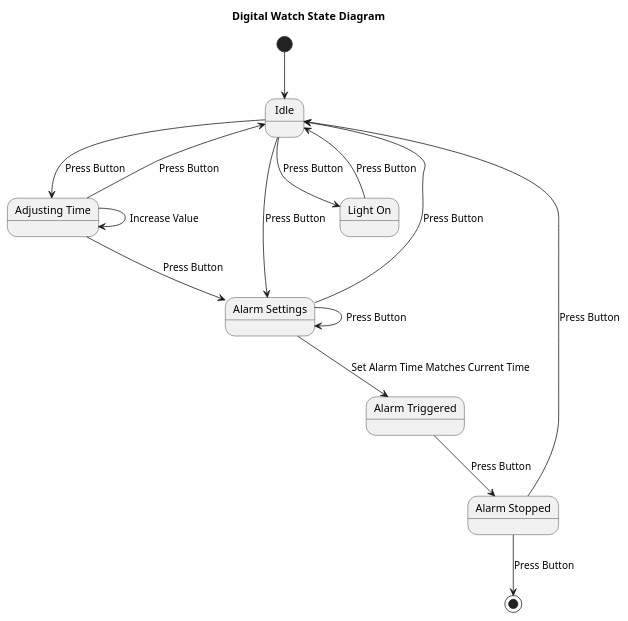
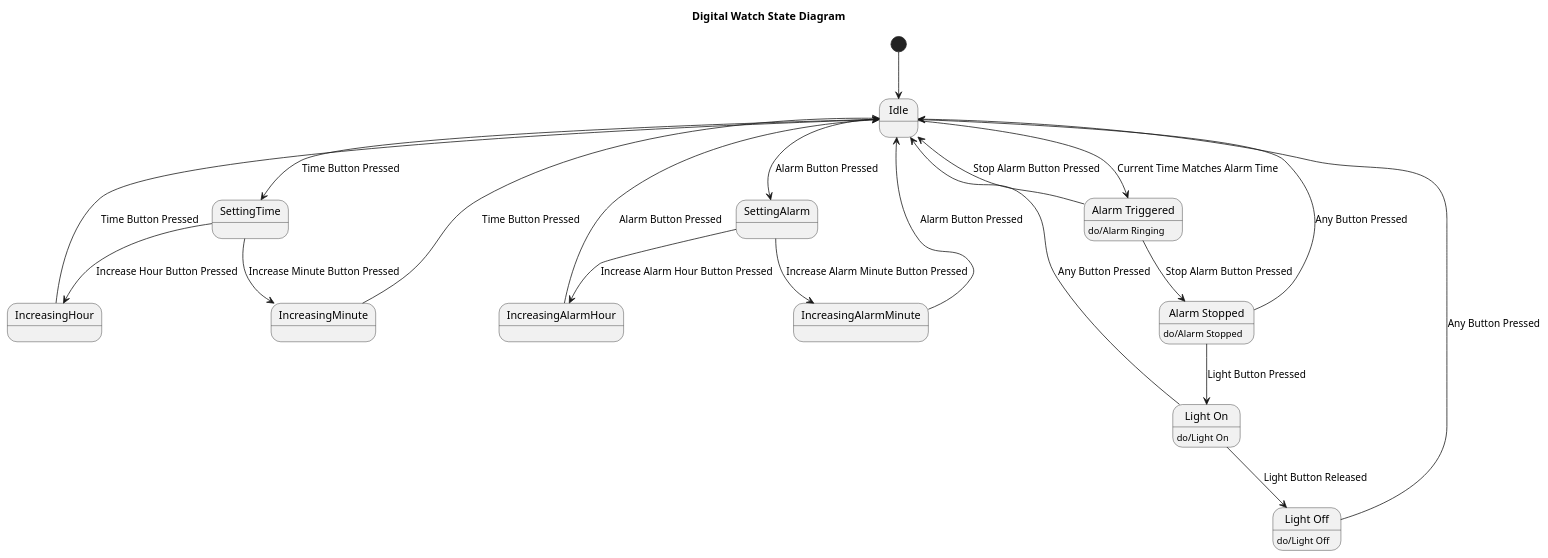
One commit to maimunafaria/State_transition_Diagram_generated_by_LLM changed the diagram in results/plantuml_pipeline/runs/open_source__qwen25_7b_instruct__rag_validation_generator_critic_repair/case_46_digital_watch/run_01.puml. Above: the diagram before and after it, drawn with PlantUML. The commit also changed 371 other files, not shown here.

```diff
--- a/results/plantuml_pipeline/runs/open_source__qwen25_7b_instruct__rag_validation_generator_critic_repair/case_46_digital_watch/run_01.puml
+++ b/results/plantuml_pipeline/runs/open_source__qwen25_7b_instruct__rag_validation_generator_critic_repair/case_46_digital_watch/run_01.puml
@@ -1,27 +1,43 @@
 @startuml
 title Digital Watch State Diagram
 
 [*] --> Idle
 
 state "Idle" as Idle
-state "Adjusting Time" as AdjustingTime
-state "Alarm Settings" as AlarmSettings
+Idle --> SettingTime : Time Button Pressed
+Idle --> SettingAlarm : Alarm Button Pressed
+
+state "SettingTime" as SettingTime
+SettingTime --> IncreasingHour : Increase Hour Button Pressed
+SettingTime --> IncreasingMinute : Increase Minute Button Pressed
+IncreasingHour --> Idle : Time Button Pressed
+IncreasingMinute --> Idle : Time Button Pressed
+
+state "SettingAlarm" as SettingAlarm
+SettingAlarm --> IncreasingAlarmHour : Increase Alarm Hour Button Pressed
+SettingAlarm --> IncreasingAlarmMinute : Increase Alarm Minute Button Pressed
+IncreasingAlarmHour --> Idle : Alarm Button Pressed
+IncreasingAlarmMinute --> Idle : Alarm Button Pressed
+
 state "Alarm Triggered" as AlarmTriggered
+AlarmTriggered : do/Alarm Ringing
+AlarmTriggered --> Idle : Stop Alarm Button Pressed
+
 state "Alarm Stopped" as AlarmStopped
+AlarmStopped : do/Alarm Stopped
+AlarmStopped --> Idle : Any Button Pressed
+
 state "Light On" as LightOn
+LightOn : do/Light On
+LightOn --> Idle : Any Button Pressed
 
-Idle --> AdjustingTime : Press Button
-Idle --> AlarmSettings : Press Button
-Idle --> LightOn : Press Button
-AdjustingTime --> Idle : Press Button
-AlarmSettings --> Idle : Press Button
-AdjustingTime --> AdjustingTime : Increase Value
-AdjustingTime --> AlarmSettings : Press Button
-AlarmSettings --> AlarmSettings : Press Button
-AlarmSettings --> AlarmTriggered : Set Alarm Time Matches Current Time
-AlarmTriggered --> AlarmStopped : Press Button
-AlarmStopped --> Idle : Press Button
-LightOn --> Idle : Press Button
-AlarmStopped --> [*] : Press Button
+state "Light Off" as LightOff
+LightOff : do/Light Off
+LightOff --> Idle : Any Button Pressed
+
+Idle --> AlarmTriggered : Current Time Matches Alarm Time
+AlarmTriggered --> AlarmStopped : Stop Alarm Button Pressed
+AlarmStopped --> LightOn : Light Button Pressed
+LightOn --> LightOff : Light Button Released
 
 @enduml
```
